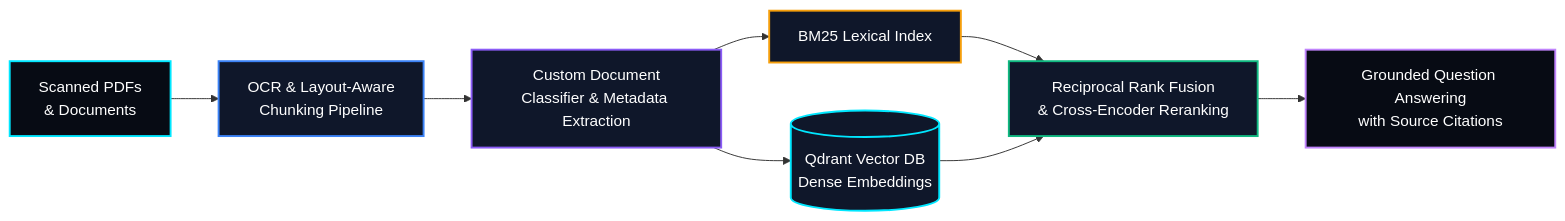
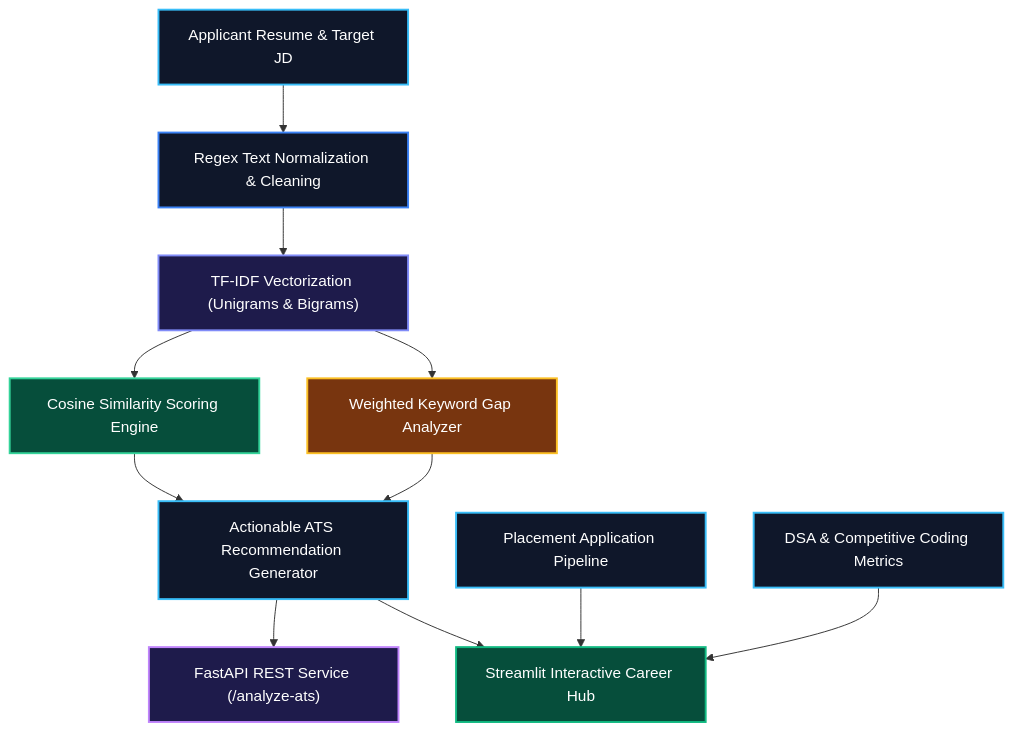
One commit to Aditya70-creator/CampusMind changed the diagram in README.md. Above: the diagram before and after it, drawn with Mermaid. The commit also changed other lines of this file and 2 other files, not shown here.

````diff
--- a/README.md
+++ b/README.md
@@ -13,21 +73,24 @@
 ```mermaid
-flowchart LR
-    Doc["Scanned PDFs<br/>& Documents"] --> OCR["OCR & Layout-Aware<br/>Chunking Pipeline"]
-    OCR --> Clf["Custom Document<br/>Classifier & Metadata Extraction"]
+flowchart TD
+    A["Applicant Resume & Target JD"] --> B["Regex Text Normalization & Cleaning"]
+    B --> C["TF-IDF Vectorization (Unigrams & Bigrams)"]
+    C --> D["Cosine Similarity Scoring Engine"]
+    C --> E["Weighted Keyword Gap Analyzer"]
+    D --> F["Actionable ATS Recommendation Generator"]
+    E --> F
+    F --> G["FastAPI REST Service (/analyze-ats)"]
+    F --> H["Streamlit Interactive Career Hub"]
+    I["Placement Application Pipeline"] --> H
+    J["DSA & Competitive Coding Metrics"] --> H
 
-    Clf --> Sparse["BM25 Lexical Index"]
-    Clf --> Dense[("Qdrant Vector DB<br/>Dense Embeddings")]
-
-    Sparse --> Rerank["Reciprocal Rank Fusion<br/>& Cross-Encoder Reranking"]
-    Dense --> Rerank
-
-    Rerank --> QA["Grounded Question Answering<br/>with Source Citations"]
-
-    style Doc fill:#070b14,stroke:#00E7FF,stroke-width:2px,color:#ffffff
-    style OCR fill:#0f172a,stroke:#3B82F6,stroke-width:2px,color:#ffffff
-    style Clf fill:#0f172a,stroke:#8B5CF6,stroke-width:2px,color:#ffffff
-    style Sparse fill:#0f172a,stroke:#f59e0b,stroke-width:2px,color:#ffffff
-    style Dense fill:#0f172a,stroke:#00E7FF,stroke-width:2px,color:#ffffff
-    style Rerank fill:#0f172a,stroke:#10B981,stroke-width:2px,color:#ffffff
-    style QA fill:#070b14,stroke:#c084fc,stroke-width:2px,color:#ffffff
+    style A fill:#0f172a,stroke:#38bdf8,stroke-width:2px,color:#ffffff
+    style B fill:#0f172a,stroke:#3b82f6,stroke-width:2px,color:#ffffff
+    style C fill:#1e1b4b,stroke:#818cf8,stroke-width:2px,color:#ffffff
+    style D fill:#064e3b,stroke:#34d399,stroke-width:2px,color:#ffffff
+    style E fill:#78350f,stroke:#fbbf24,stroke-width:2px,color:#ffffff
+    style F fill:#0f172a,stroke:#38bdf8,stroke-width:2px,color:#ffffff
+    style G fill:#1e1b4b,stroke:#c084fc,stroke-width:2px,color:#ffffff
+    style H fill:#064e3b,stroke:#10b981,stroke-width:2px,color:#ffffff
+    style I fill:#0f172a,stroke:#38bdf8,stroke-width:2px,color:#ffffff
+    style J fill:#0f172a,stroke:#38bdf8,stroke-width:2px,color:#ffffff
 ```
````
